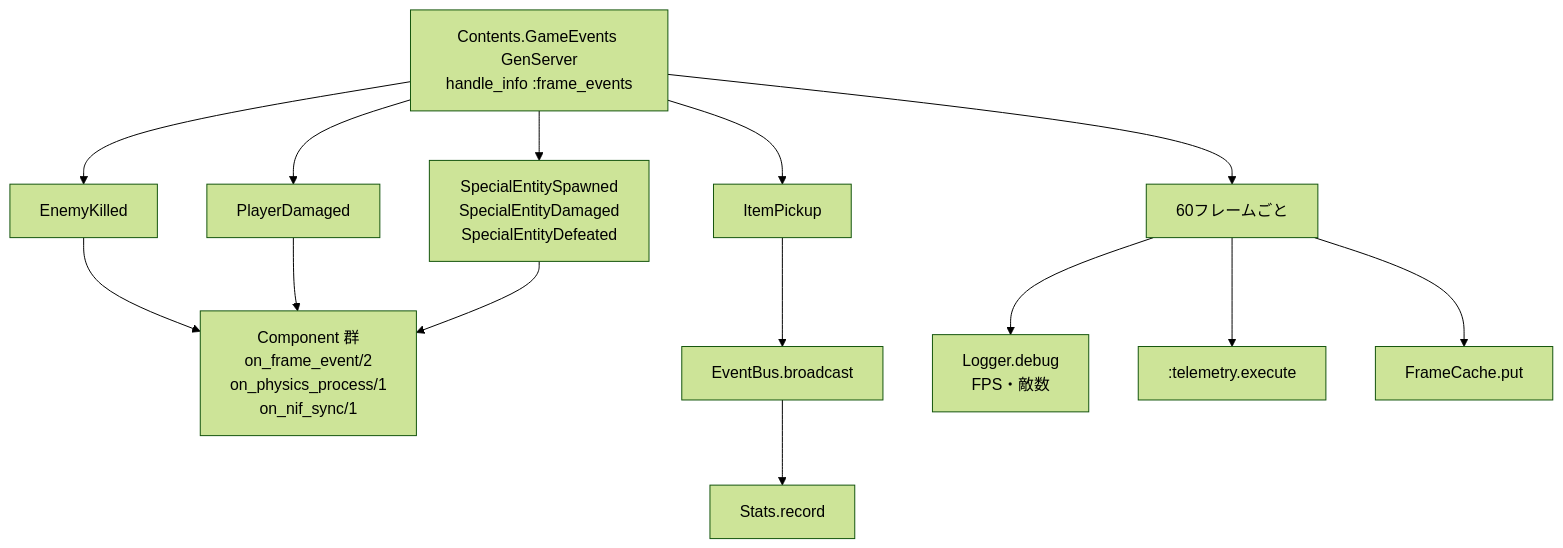
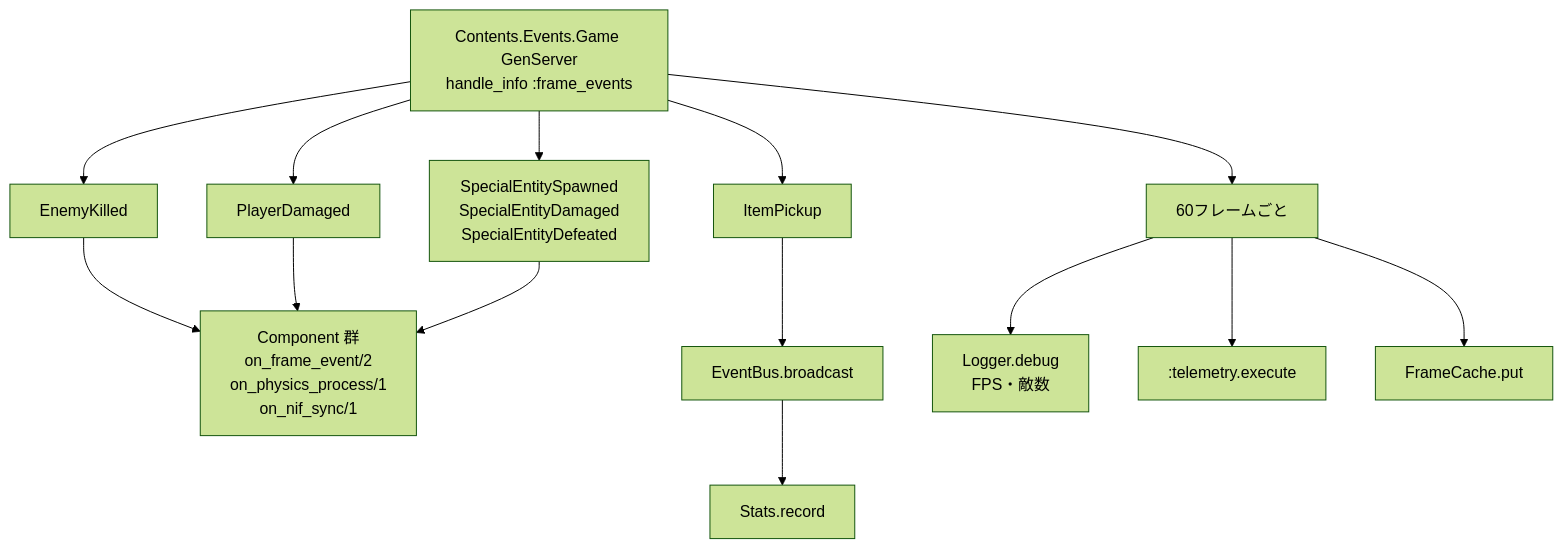
One commit to FRICK-ELDY/alchemy-engine changed the eighth of 16 diagrams in docs/architecture/overview.md. Above: the diagram before and after it, drawn with Mermaid (forest theme). The commit also changed other lines of this file and 16 other files, not shown here.

Commit message:
refactor(contents): GameEvents を Contents.Events.Game に移行（Phase 1）

````diff
--- a/docs/architecture/overview.md
+++ b/docs/architecture/overview.md
@@ -388,24 +388,24 @@
 ```mermaid
 flowchart TD
-    GEV[Contents.GameEvents GenServer\nhandle_info :frame_events]
+    GEV[Contents.Events.Game GenServer\nhandle_info :frame_events]
     EK[EnemyKilled]
     PD[PlayerDamaged]
     SE[SpecialEntitySpawned\nSpecialEntityDamaged\nSpecialEntityDefeated]
     IP[ItemPickup]
     PER[60フレームごと]
 
     COMP[Component 群\non_frame_event/2\non_physics_process/1\non_nif_sync/1]
     EB[EventBus.broadcast]
     ST[Stats.record]
     LOG[Logger.debug\nFPS・敵数]
     TEL[:telemetry.execute]
     FC[FrameCache.put]
 
     GEV --> EK --> COMP
     GEV --> PD --> COMP
     GEV --> SE --> COMP
     GEV --> IP --> EB --> ST
     GEV --> PER --> LOG
     PER --> TEL
     PER --> FC
 ```
````
